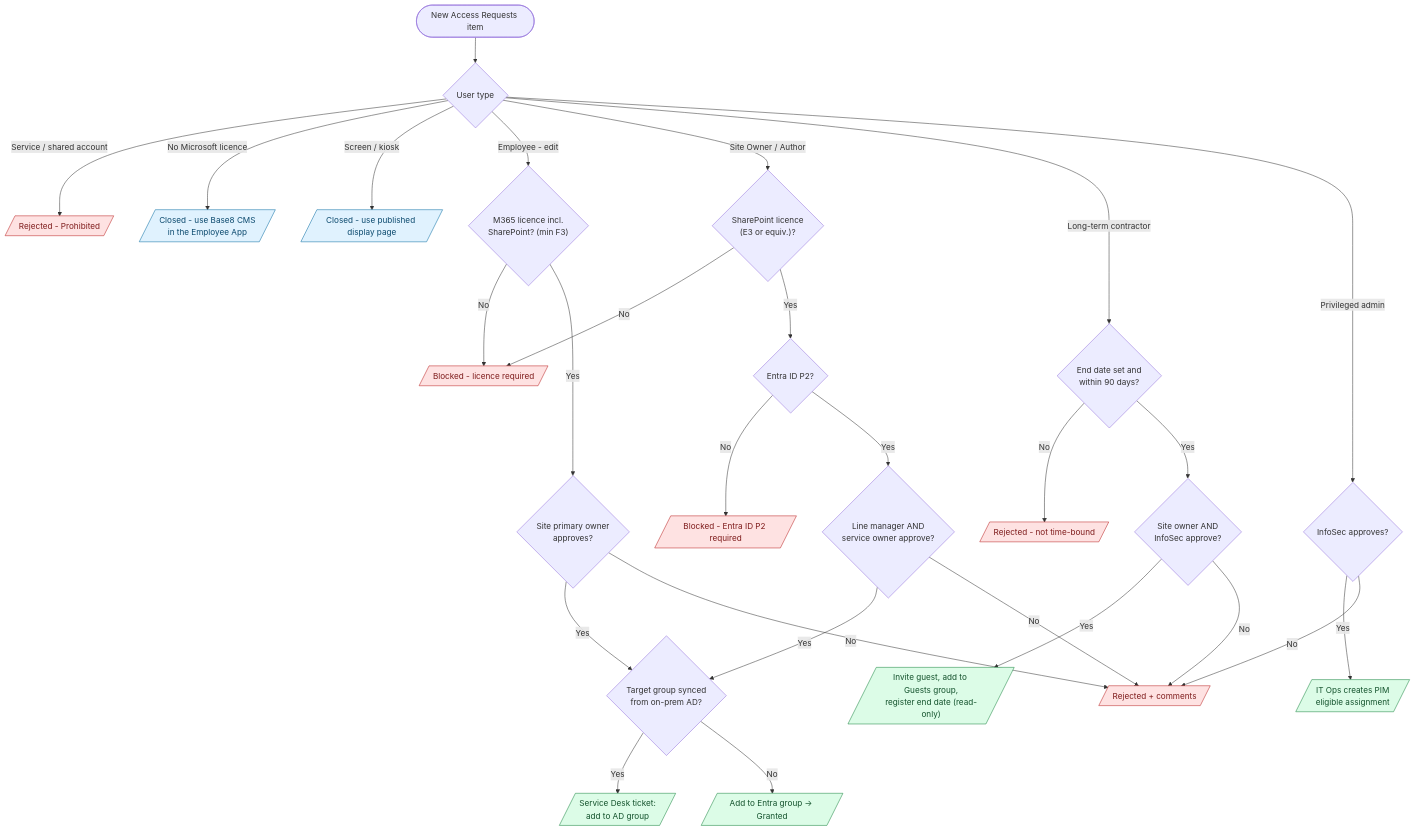
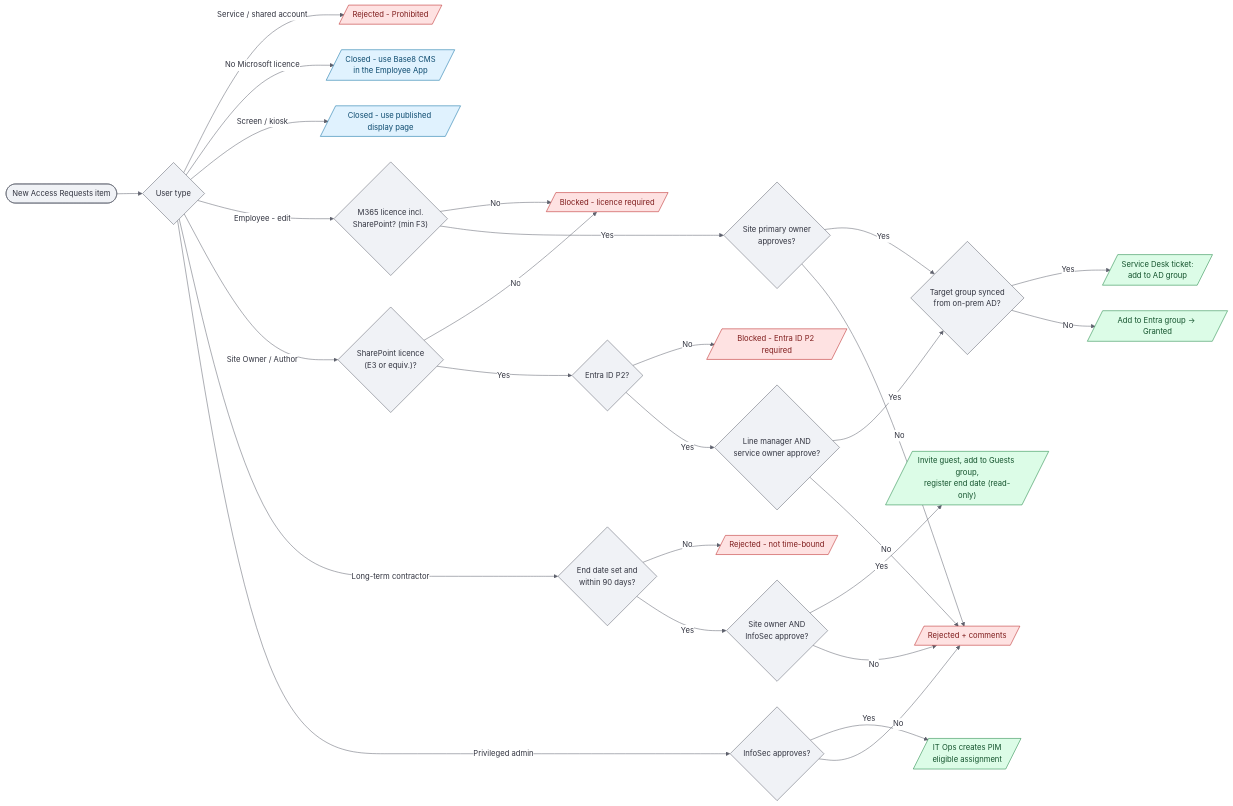
Before and after one commit to flinty-isd/Projects-hub: the second of 6 diagrams in solutions/SharePointGovernance/diagrams/governance-flows.md, drawn with Mermaid. The commit also changed other lines of this file and 1 other file, not shown here.

First line of the commit message:
Diagrams: readable layout, design-system styling, remove placeholder

````diff
--- a/solutions/SharePointGovernance/diagrams/governance-flows.md
+++ b/solutions/SharePointGovernance/diagrams/governance-flows.md
@@ -28,28 +29,29 @@
 ```mermaid
-flowchart TD
+%%{init: {'theme': 'base', 'themeVariables': {'fontFamily': 'Source Sans 3, Source Sans Pro, Segoe UI, sans-serif', 'fontSize': '15px', 'primaryColor': '#f0f2f6', 'primaryBorderColor': '#5e616d', 'primaryTextColor': '#31333f', 'lineColor': '#5e616d', 'clusterBkg': '#f8f9fb', 'clusterBorder': '#cdd0d8', 'edgeLabelBackground': '#ffffff', 'tertiaryColor': '#ffffff'}}}%%
+flowchart LR
   A([New Access Requests item]) --> T{User type}
   T -->|Service / shared account| X1[/"Rejected - Prohibited"/]:::bad
   T -->|No Microsoft licence| V[/"Closed - use Base8 CMS<br/>in the Employee App"/]:::info
   T -->|Screen / kiosk| K[/"Closed - use published display page"/]:::info
   T -->|Employee - edit| L1{"M365 licence incl.<br/>SharePoint? (min F3)"}
   L1 -->|No| B1[/"Blocked - licence required"/]:::bad
   L1 -->|Yes| AP1{"Site primary owner<br/>approves?"}
   T -->|Site Owner / Author| L2{"SharePoint licence<br/>(E3 or equiv.)?"}
   L2 -->|No| B1
   L2 -->|Yes| P2{"Entra ID P2?"}
   P2 -->|No| B2[/"Blocked - Entra ID P2 required"/]:::bad
   P2 -->|Yes| AP2{"Line manager AND<br/>service owner approve?"}
   T -->|Long-term contractor| TB{"End date set and<br/>within 90 days?"}
   TB -->|No| X2[/"Rejected - not time-bound"/]:::bad
   TB -->|Yes| AP3{"Site owner AND<br/>InfoSec approve?"}
   AP3 -->|Yes| G[/"Invite guest, add to Guests group,<br/>register end date (read-only)"/]:::good
   T -->|Privileged admin| AP4{"InfoSec approves?"}
   AP4 -->|Yes| PIM[/"IT Ops creates PIM<br/>eligible assignment"/]:::good
   AP1 & AP2 -->|Yes| SG{"Target group synced<br/>from on-prem AD?"}
   SG -->|Yes| SD[/"Service Desk ticket:<br/>add to AD group"/]:::good
   SG -->|No| GR[/"Add to Entra group -> Granted"/]:::good
   AP1 & AP2 & AP3 & AP4 -->|No| R[/"Rejected + comments"/]:::bad
   classDef good fill:#dcfce7,stroke:#15803d,color:#14532d
   classDef bad fill:#fee2e2,stroke:#b91c1c,color:#7f1d1d
   classDef info fill:#e0f2fe,stroke:#0369a1,color:#0c4a6e
 ```
````
